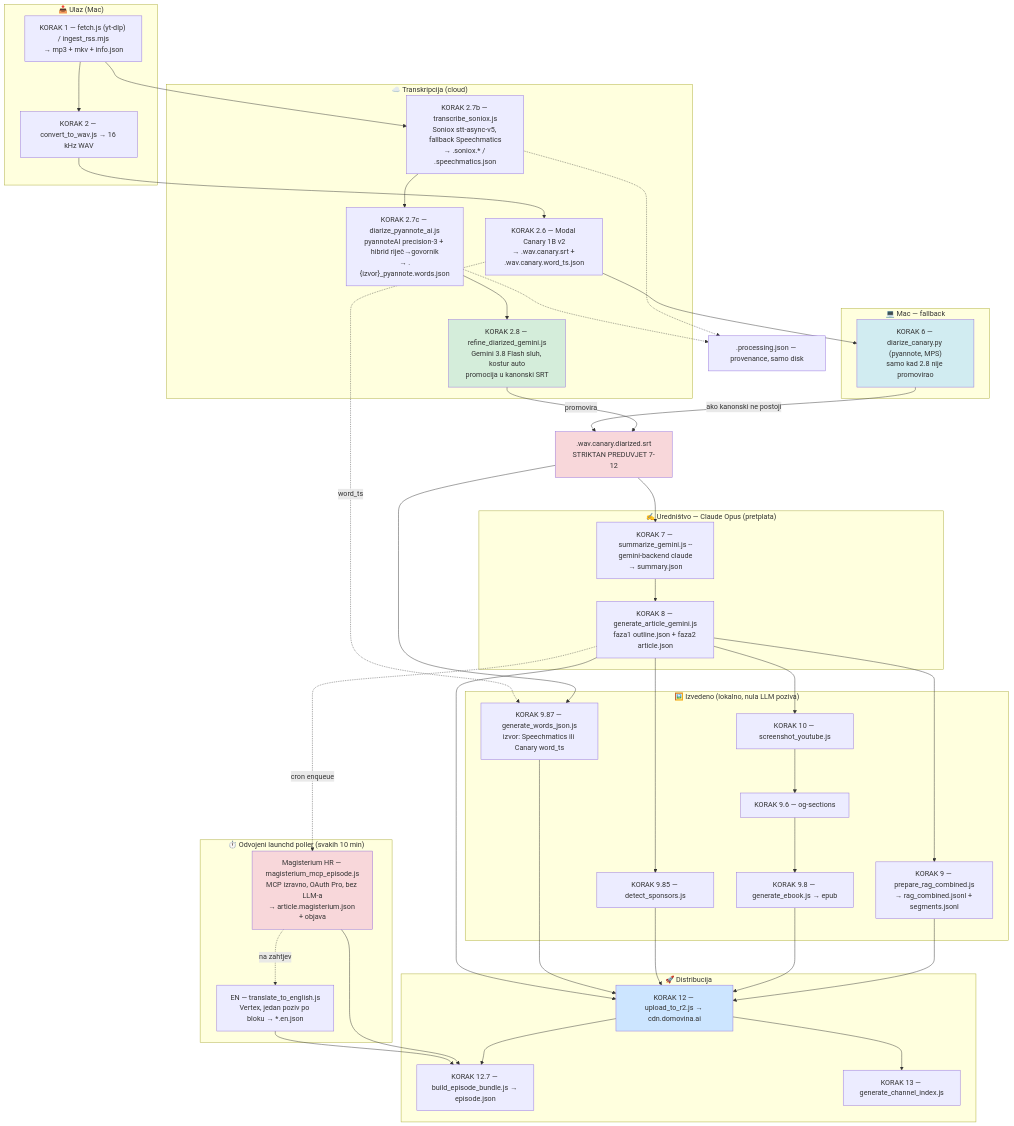
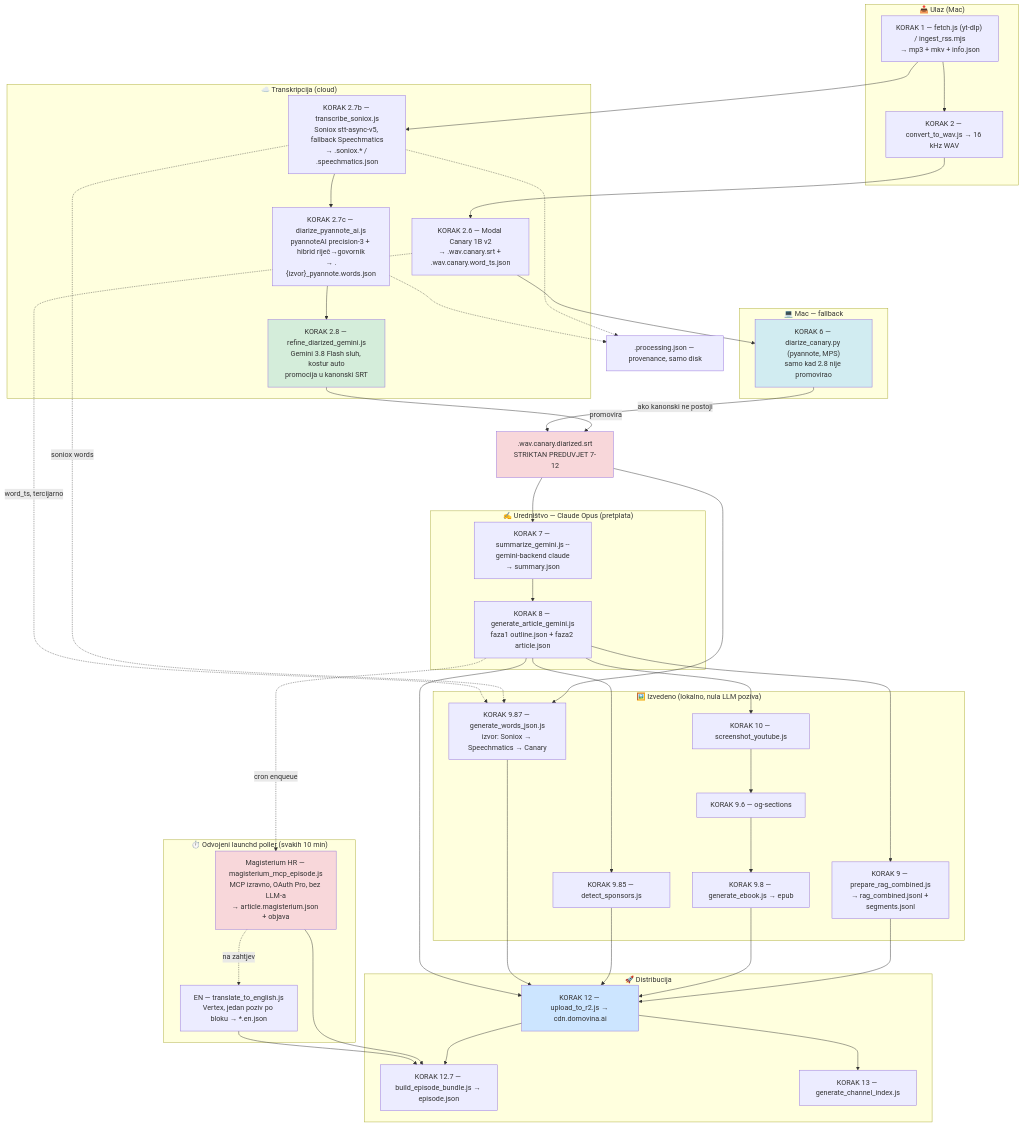
One commit to domovinatv/fetch.domovina.tv changed the first of 6 diagrams in docs/PIPELINE_FULL.md. Above: the diagram before and after it, drawn with Mermaid. The commit also changed 4 other files, not shown here.

First line of the commit message:
docs(asr): Soniox primarni, Speechmatics sekundarni, Canary tercijarni — trajno pravilo

````diff
--- a/docs/PIPELINE_FULL.md
+++ b/docs/PIPELINE_FULL.md
@@ -19,77 +19,78 @@
 ```mermaid
 flowchart TB
     subgraph INGEST["📥 Ulaz (Mac)"]
         K1["KORAK 1 — fetch.js (yt-dlp) / ingest_rss.mjs<br/>→ mp3 + mkv + info.json"]
         K2["KORAK 2 — convert_to_wav.js → 16 kHz WAV"]
     end
 
     subgraph ASR["☁️ Transkripcija (cloud)"]
         K26["KORAK 2.6 — Modal Canary 1B v2<br/>→ .wav.canary.srt + .wav.canary.word_ts.json"]
         K27b["KORAK 2.7b — transcribe_soniox.js<br/>Soniox stt-async-v5, fallback Speechmatics<br/>→ .soniox.* / .speechmatics.json"]
         K27c["KORAK 2.7c — diarize_pyannote_ai.js<br/>pyannoteAI precision-3 + hibrid riječ→govornik<br/>→ .{izvor}_pyannote.words.json"]
         K28["KORAK 2.8 — refine_diarized_gemini.js<br/>Gemini 3.8 Flash sluh, kostur auto<br/>promocija u kanonski SRT"]
     end
 
     subgraph LOCAL["💻 Mac — fallback"]
         K6["KORAK 6 — diarize_canary.py (pyannote, MPS)<br/>samo kad 2.8 nije promovirao"]
     end
 
     CANON[".wav.canary.diarized.srt<br/>STRIKTAN PREDUVJET 7-12"]
 
     subgraph LLM["✍️ Uredništvo — Claude Opus (pretplata)"]
         K7["KORAK 7 — summarize_gemini.js --gemini-backend claude<br/>→ summary.json"]
         K8["KORAK 8 — generate_article_gemini.js<br/>faza1 outline.json + faza2 article.json"]
     end
 
     subgraph MEDIA["🖼️ Izvedeno (lokalno, nula LLM poziva)"]
         K9["KORAK 9 — prepare_rag_combined.js<br/>→ rag_combined.jsonl + segments.jsonl"]
         K10["KORAK 10 — screenshot_youtube.js"]
         K96["KORAK 9.6 — og-sections"]
         K98["KORAK 9.8 — generate_ebook.js → epub"]
         K985["KORAK 9.85 — detect_sponsors.js"]
-        K987["KORAK 9.87 — generate_words_json.js<br/>izvor: Speechmatics ili Canary word_ts"]
+        K987["KORAK 9.87 — generate_words_json.js<br/>izvor: Soniox → Speechmatics → Canary"]
     end
 
     subgraph ASYNC["⏱️ Odvojeni launchd poller (svakih 10 min)"]
         K85["Magisterium HR — magisterium_mcp_episode.js<br/>MCP izravno, OAuth Pro, bez LLM-a<br/>→ article.magisterium.json + objava"]
         K65["EN — translate_to_english.js<br/>Vertex, jedan poziv po bloku → *.en.json"]
     end
 
     subgraph DIST["🚀 Distribucija"]
         K12["KORAK 12 — upload_to_r2.js → cdn.domovina.ai"]
         K127["KORAK 12.7 — build_episode_bundle.js → episode.json"]
         K13["KORAK 13 — generate_channel_index.js"]
     end
 
     PJ[".processing.json — provenance, samo disk"]
 
     K1 --> K2 --> K26
     K1 --> K27b --> K27c --> K28
     K28 -->|promovira| CANON
     K26 --> K6 -->|ako kanonski ne postoji| CANON
     CANON --> K7 --> K8
     K8 --> K9
     K8 --> K10 --> K96 --> K98
     K8 --> K985
     CANON --> K987
-    K26 -.word_ts.-> K987
+    K27b -.->|soniox words| K987
+    K26 -.->|word_ts, tercijarno| K987
     K27b -.-> PJ
     K27c -.-> PJ
     K9 --> K12
     K98 --> K12
     K985 --> K12
     K987 --> K12
     K8 --> K12
     K12 --> K127
     K12 --> K13
     K8 -.cron enqueue.-> K85
     K85 -.na zahtjev.-> K65
     K85 --> K127
     K65 --> K127
 
     style CANON fill:#f8d7da
     style K28 fill:#d4edda
     style K85 fill:#f8d7da
     style K6 fill:#d1ecf1
     style K12 fill:#cce5ff
 ```
````
